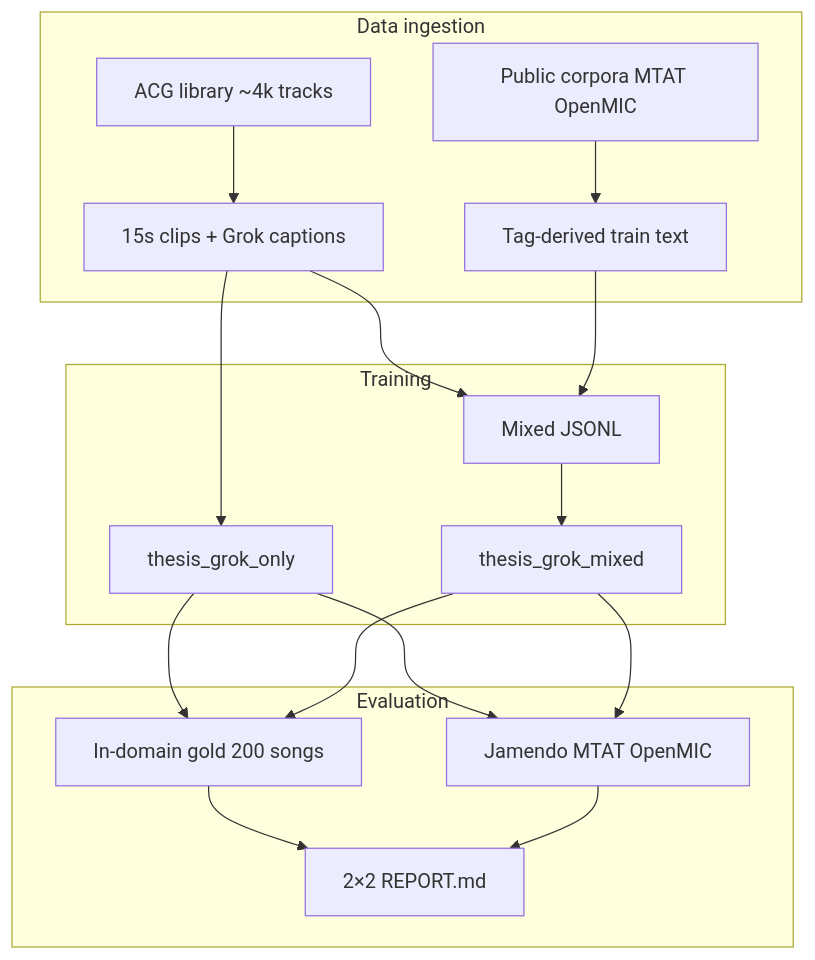
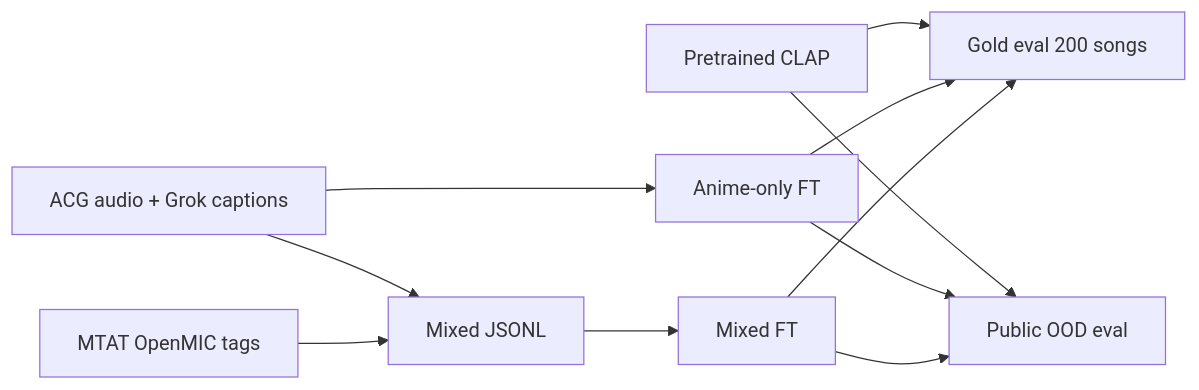
One commit to asapacsin/music-recommendation changed the diagram in README.md. Above: the diagram before and after it, drawn with Mermaid. The commit also changed other lines of this file and 2 other files, not shown here.

````diff
--- a/README.md
+++ b/README.md
@@ -51,23 +78,13 @@
 ```mermaid
-flowchart TB
-  subgraph ingest [Data ingestion]
-    ACG[ACG library ~4k tracks]
-    PUB[Public corpora MTAT OpenMIC]
-    ACG --> CLIPS[15s clips + Grok captions]
-    PUB --> TAGS[Tag-derived train text]
-  end
-  subgraph train [Training]
-    CLIPS --> ARM1[thesis_grok_only]
-    CLIPS --> MIXED[Mixed JSONL]
-    TAGS --> MIXED
-    MIXED --> ARM2[thesis_grok_mixed]
-  end
-  subgraph eval [Evaluation]
-    ARM1 --> GOLD[In-domain gold 200 songs]
-    ARM2 --> GOLD
-    ARM1 --> OOD[Jamendo MTAT OpenMIC]
-    ARM2 --> OOD
-    GOLD --> REPORT[2×2 REPORT.md]
-    OOD --> REPORT
-  end
+flowchart LR
+  ACG[ACG audio + Grok captions] --> FT1[Anime-only FT]
+  ACG --> MIX[Mixed JSONL]
+  PUB[MTAT OpenMIC tags] --> MIX
+  MIX --> FT2[Mixed FT]
+  PT[Pretrained CLAP] --> GOLD[Gold eval 200 songs]
+  FT1 --> GOLD
+  FT2 --> GOLD
+  PT --> OOD[Public OOD eval]
+  FT1 --> OOD
+  FT2 --> OOD
 ```
````
